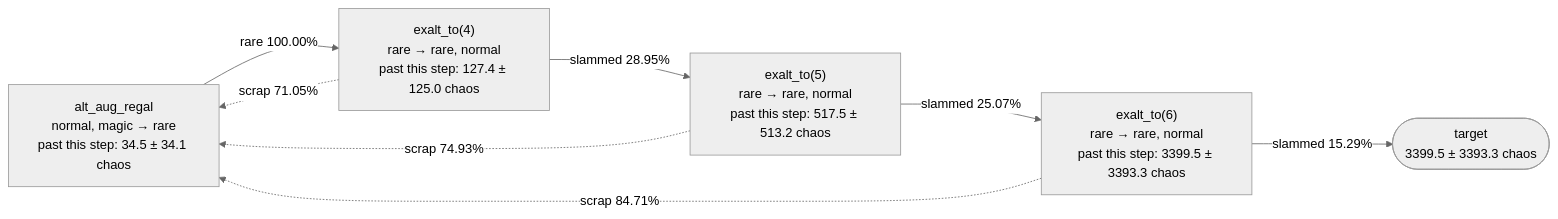
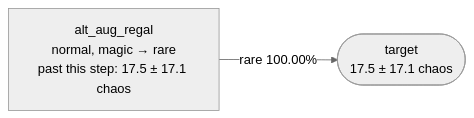
The first of 2 diagrams in crates/simple/craft.md (2143-Labs/how.poe.sale), drawn with Mermaid (neutral theme) before and after one commit. The commit also changed other lines of this file and 14 other files, not shown here.

````diff
--- a/crates/simple/craft.md
+++ b/crates/simple/craft.md
@@ -25,15 +25,6 @@
 ```mermaid
 flowchart LR
-  s0["alt_aug_regal<br/>normal, magic → rare<br/>past this step: 34.5 ± 34.1 chaos"]
-  s1["exalt_to(4)<br/>rare → rare, normal<br/>past this step: 127.4 ± 125.0 chaos"]
-  s2["exalt_to(5)<br/>rare → rare, normal<br/>past this step: 517.5 ± 513.2 chaos"]
-  s3["exalt_to(6)<br/>rare → rare, normal<br/>past this step: 3399.5 ± 3393.3 chaos"]
-  target(["target<br/>3399.5 ± 3393.3 chaos"])
-  s0 -->|"rare 100.00%"| s1
-  s1 -->|"slammed 28.95%"| s2
-  s1 -.->|"scrap 71.05%"| s0
-  s2 -->|"slammed 25.07%"| s3
-  s2 -.->|"scrap 74.93%"| s0
-  s3 -->|"slammed 15.29%"| target
-  s3 -.->|"scrap 84.71%"| s0
+  s0["alt_aug_regal<br/>normal, magic → rare<br/>past this step: 17.5 ± 17.1 chaos"]
+  target(["target<br/>17.5 ± 17.1 chaos"])
+  s0 -->|"rare 100.00%"| target
 ```
````
